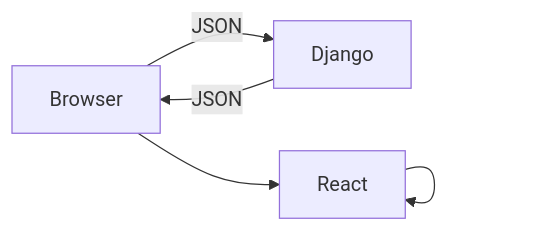
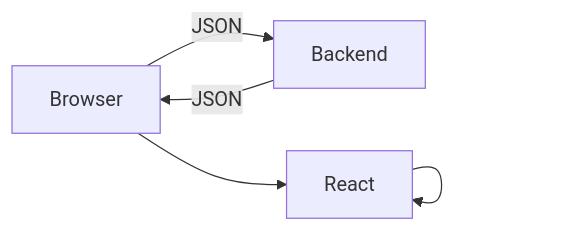
The second of 3 diagrams in Full-Stack/Django-Vite-HTMX-Alpine.md (seanwhs/Tutorials), drawn with Mermaid before and after one commit. The commit also changed other lines of this file, not shown here.

````diff
--- a/Full-Stack/Django-Vite-HTMX-Alpine.md
+++ b/Full-Stack/Django-Vite-HTMX-Alpine.md
@@ -54,6 +50,6 @@
 ```mermaid
 flowchart LR
-    Browser -->|JSON| Django
-    Django -->|JSON| Browser
+    Browser -->|JSON| Backend
+    Backend -->|JSON| Browser
     Browser --> React --> React
 ```
````
